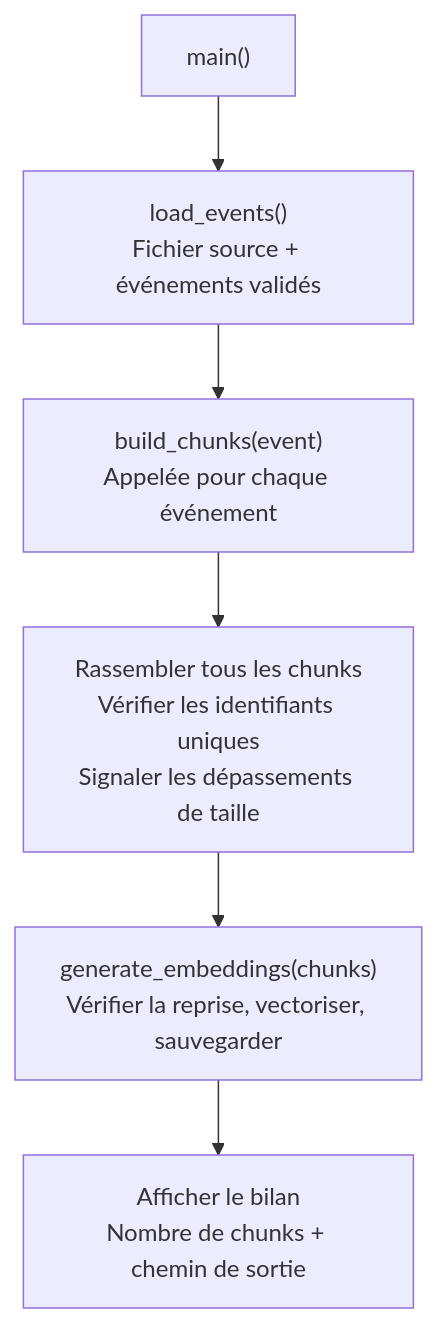
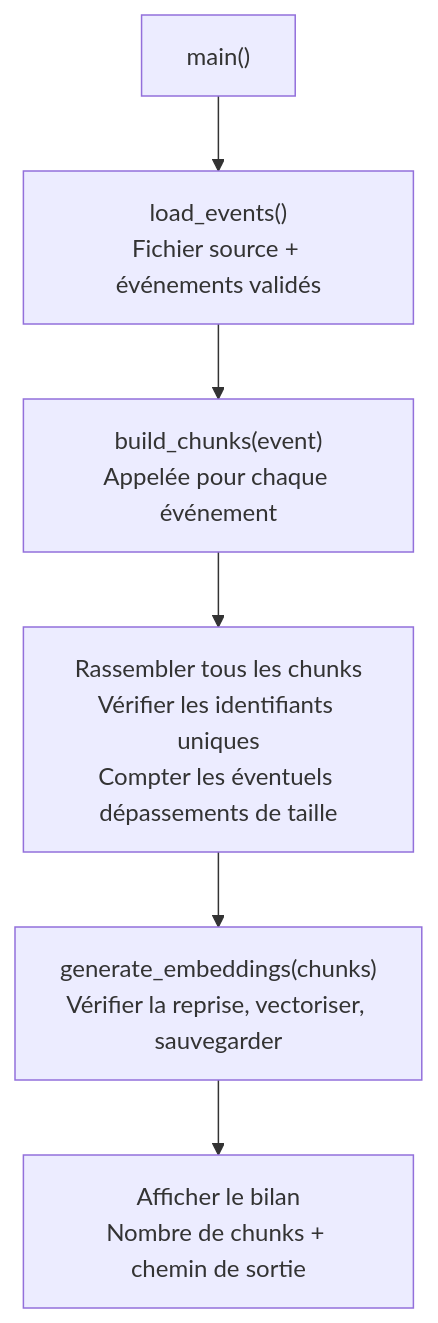
One commit to philippemagnear-glitch/TP-chatbot_intelligent changed the first of 3 diagrams in App/RAG/notebook/build_embeddings_UML.md. Above: the diagram before and after it, drawn with Mermaid. The commit also changed other lines of this file and 7 other files, not shown here.

````diff
--- a/App/RAG/notebook/build_embeddings_UML.md
+++ b/App/RAG/notebook/build_embeddings_UML.md
@@ -21,8 +23,8 @@
 ```mermaid
 flowchart TD
     A["main()"] --> B["load_events()<br/>Fichier source + événements validés"]
     B --> C["build_chunks(event)<br/>Appelée pour chaque événement"]
-    C --> D["Rassembler tous les chunks<br/>Vérifier les identifiants uniques<br/>Signaler les dépassements de taille"]
+    C --> D["Rassembler tous les chunks<br/>Vérifier les identifiants uniques<br/>Compter les éventuels dépassements de taille"]
     D --> E["generate_embeddings(chunks)<br/>Vérifier la reprise, vectoriser, sauvegarder"]
     E --> F["Afficher le bilan<br/>Nombre de chunks + chemin de sortie"]
 ```
````
